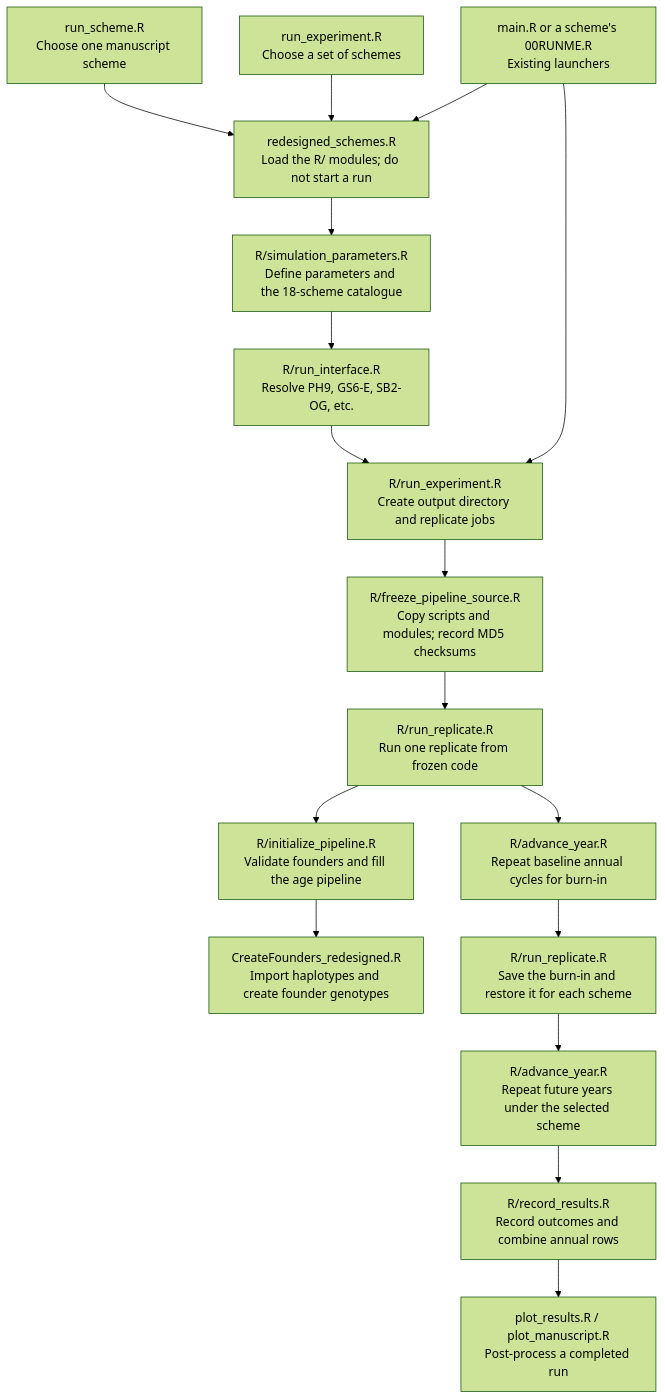
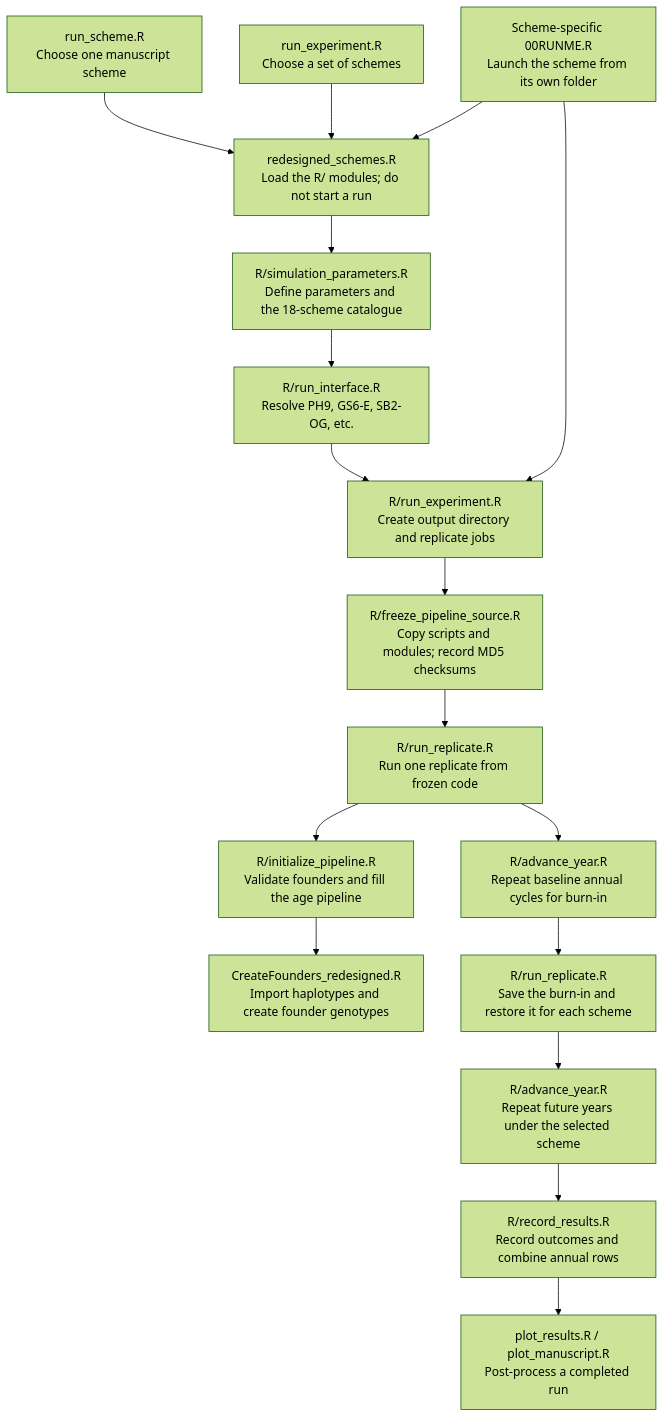
Before and after one commit to jorgemasgomez/almondsim: the first of 3 diagrams in 02_ClonalBreeding/PIPELINE.md, drawn with Mermaid (forest theme). The commit also changed other lines of this file and 42 other files, not shown here.

````diff
--- a/02_ClonalBreeding/PIPELINE.md
+++ b/02_ClonalBreeding/PIPELINE.md
@@ -10,19 +10,19 @@
 ```mermaid
 flowchart TD
     One["run_scheme.R<br/>Choose one manuscript scheme"] --> Load["redesigned_schemes.R<br/>Load the R/ modules; do not start a run"]
     Many["run_experiment.R<br/>Choose a set of schemes"] --> Load
-    Old["main.R or a scheme's 00RUNME.R<br/>Existing launchers"] --> Load
+    Old["Scheme-specific 00RUNME.R<br/>Launch the scheme from its own folder"] --> Load
     Load --> Config["R/simulation_parameters.R<br/>Define parameters and the 18-scheme catalogue"]
     Config --> Interface["R/run_interface.R<br/>Resolve PH9, GS6-E, SB2-OG, etc."]
     Interface --> Run["R/run_experiment.R<br/>Create output directory and replicate jobs"]
     Old --> Run
     Run --> Freeze["R/freeze_pipeline_source.R<br/>Copy scripts and modules; record MD5 checksums"]
     Freeze --> Worker["R/run_replicate.R<br/>Run one replicate from frozen code"]
     Worker --> Init["R/initialize_pipeline.R<br/>Validate founders and fill the age pipeline"]
     Init --> Founder["CreateFounders_redesigned.R<br/>Import haplotypes and create founder genotypes"]
     Worker --> Burn["R/advance_year.R<br/>Repeat baseline annual cycles for burn-in"]
     Burn --> Paired["R/run_replicate.R<br/>Save the burn-in and restore it for each scheme"]
     Paired --> Future["R/advance_year.R<br/>Repeat future years under the selected scheme"]
     Future --> Results["R/record_results.R<br/>Record outcomes and combine annual rows"]
     Results --> Plot["plot_results.R / plot_manuscript.R<br/>Post-process a completed run"]
 ```
````
